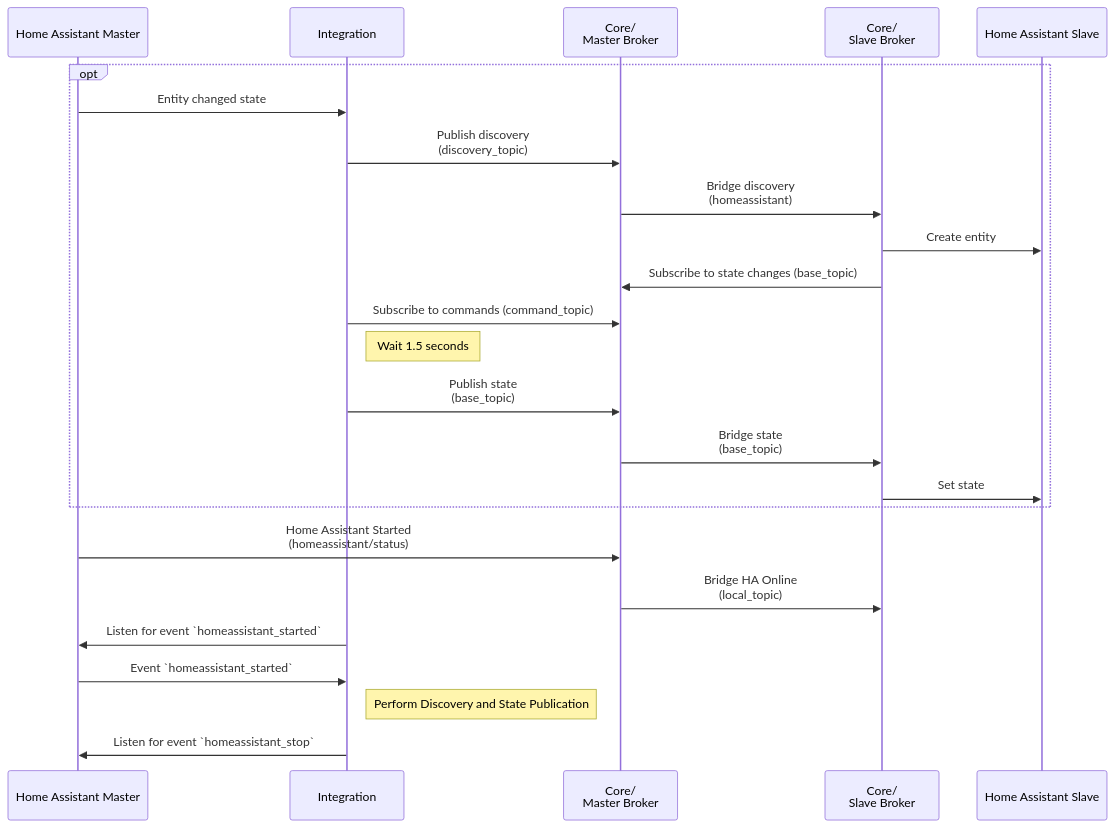
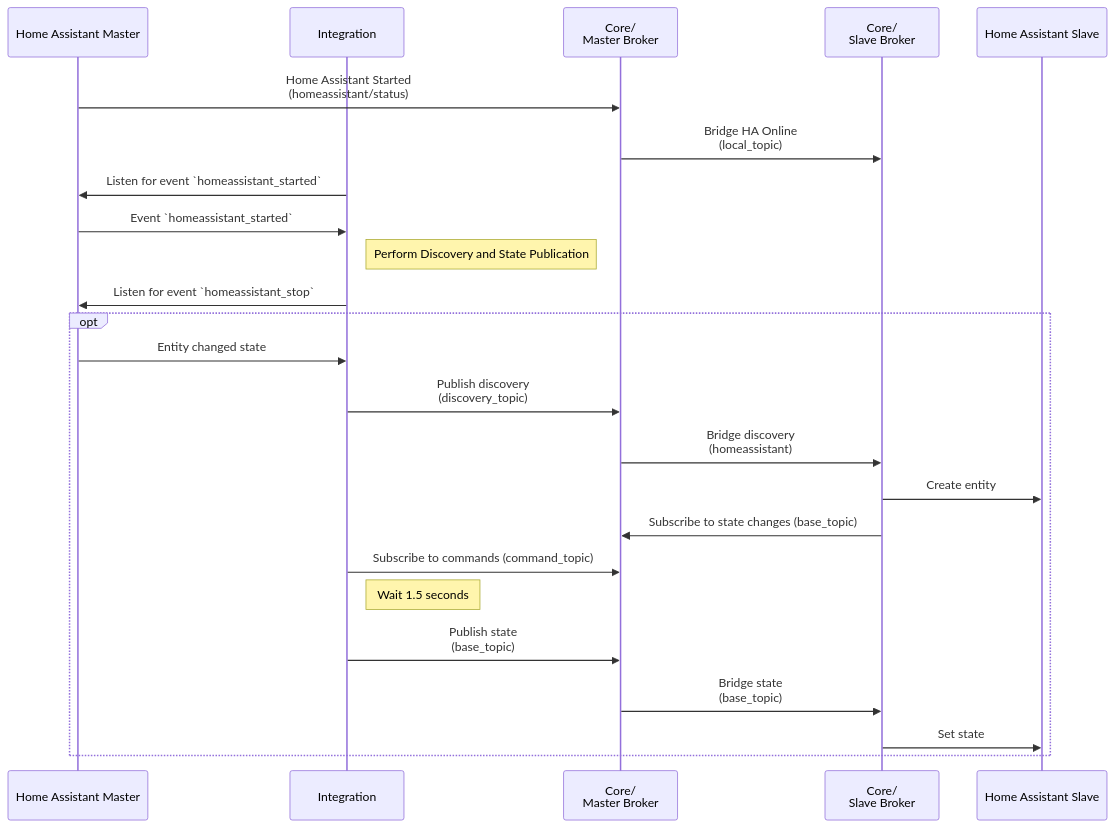
Before and after one commit to RogerSelwyn/mqtt_discoverystream_ha: the first of 4 diagrams in README.md, drawn with Mermaid. The commit also changed other lines of this file, not shown here.

First line of the commit message:
doc: Update startup diagram

````diff
--- a/README.md
+++ b/README.md
@@ -171,27 +171,27 @@
 ```mermaid
 sequenceDiagram
 participant H as Home Assistant Master
 participant I as Integration
 participant M as Core/<br/>Master Broker
 participant S as Core/<br/>Slave Broker
 participant R as Home Assistant Slave
+H->>M: Home Assistant Started<br/>(homeassistant/status)
+M->>S: Bridge HA Online<br/>(local_topic)
+I->>H: Listen for event `homeassistant_started`
+H->>I: Event `homeassistant_started`
+note right of I: Perform Discovery and State Publication
+I->>H: Listen for event `homeassistant_stop`
+
 opt
   H->>I: Entity changed state
   I->>M: Publish discovery<br/>(discovery_topic)
   M->>S: Bridge discovery<br/>(homeassistant)
   S->>R: Create entity
   S->>M: Subscribe to state changes (base_topic)
   I->>M: Subscribe to commands (command_topic)
 note right of I: Wait 1.5 seconds
   I->>M: Publish state<br/>(base_topic)
   M->>S: Bridge state<br/>(base_topic)
   S->>R: Set state
-
 end
-H->>M: Home Assistant Started<br/>(homeassistant/status)
-M->>S: Bridge HA Online<br/>(local_topic)
-I->>H: Listen for event `homeassistant_started`
-H->>I: Event `homeassistant_started`
-note right of I: Perform Discovery and State Publication
-I->>H: Listen for event `homeassistant_stop`
 ```
````
